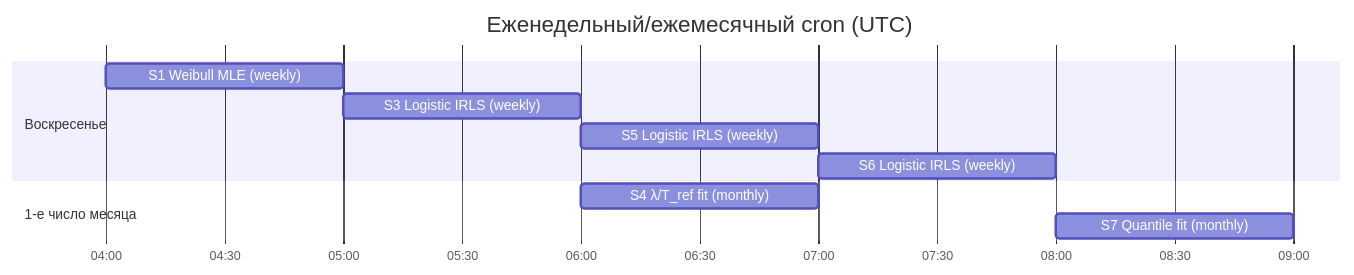
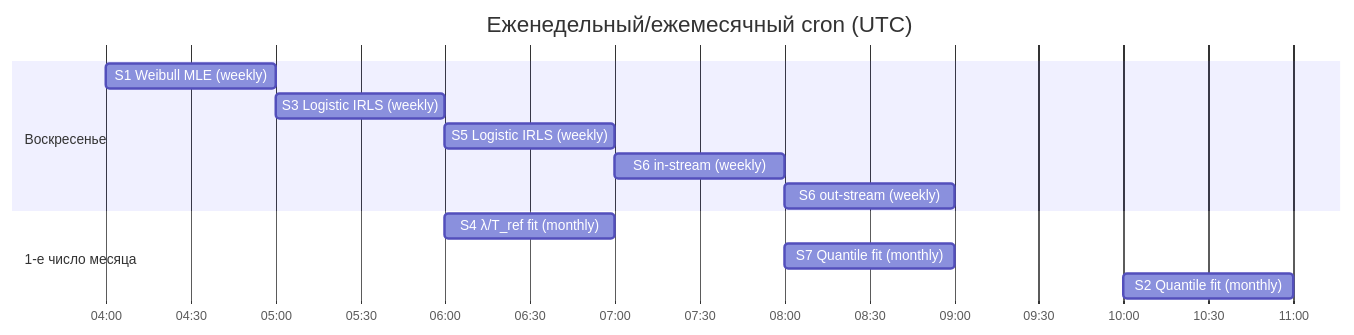
Before and after one commit to StepanCyberPsy/CPMind-core: the tenth of 13 diagrams in docs/ARCHITECTURE.md, drawn with Mermaid. The commit also changed other lines of this file and 11 other files, not shown here.

````diff
--- a/docs/ARCHITECTURE.md
+++ b/docs/ARCHITECTURE.md
@@ -646,16 +627,18 @@
 ```mermaid
 gantt
     title Еженедельный/ежемесячный cron (UTC)
     dateFormat  HH:mm
     axisFormat  %H:%M
 
     section Воскресенье
     S1 Weibull MLE (weekly)     :04:00, 1h
     S3 Logistic IRLS (weekly)   :05:00, 1h
     S5 Logistic IRLS (weekly)   :06:00, 1h
-    S6 Logistic IRLS (weekly)   :07:00, 1h
+    S6 in-stream (weekly)       :07:00, 1h
+    S6 out-stream (weekly)      :08:00, 1h
 
     section 1-е число месяца
     S4 λ/T_ref fit (monthly)    :06:00, 1h
     S7 Quantile fit (monthly)   :08:00, 1h
+    S2 Quantile fit (monthly)   :10:00, 1h
 ```
````
